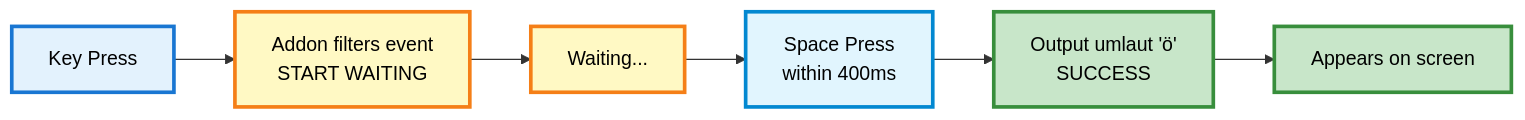
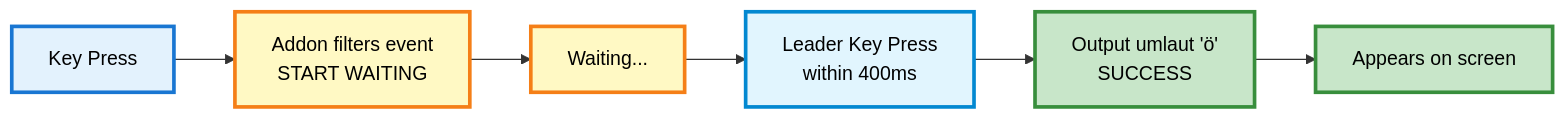
The fourth of 6 diagrams in README.md (Maik-0000FF/schnelle-umlaute), drawn with Mermaid before and after one commit. The commit also changed other lines of this file and 2 other files, not shown here.

First line of the commit message:
feat: Add configurable leader key for umlaut activation

````diff
--- a/README.md
+++ b/README.md
@@ -77,15 +79,15 @@
 ```mermaid
 graph LR
     S1[Key Press] --> S2[Addon filters event<br/>START WAITING]
     S2 --> S3[Waiting...]
-    S3 --> S4[Space Press<br/>within 400ms]
+    S3 --> S4[Leader Key Press<br/>within 400ms]
     S4 --> S5[Output umlaut 'ö'<br/>SUCCESS]
     S5 --> S6[Appears on screen]
 
     style S1 fill:#e3f2fd,stroke:#1976d2,stroke-width:3px,color:#000
     style S2 fill:#fff9c4,stroke:#f57f17,stroke-width:3px,color:#000
     style S3 fill:#fff9c4,stroke:#f57f17,stroke-width:3px,color:#000
     style S4 fill:#e1f5fe,stroke:#0288d1,stroke-width:3px,color:#000
     style S5 fill:#c8e6c9,stroke:#388e3c,stroke-width:3px,color:#000
     style S6 fill:#c8e6c9,stroke:#388e3c,stroke-width:3px,color:#000
 ```
````
